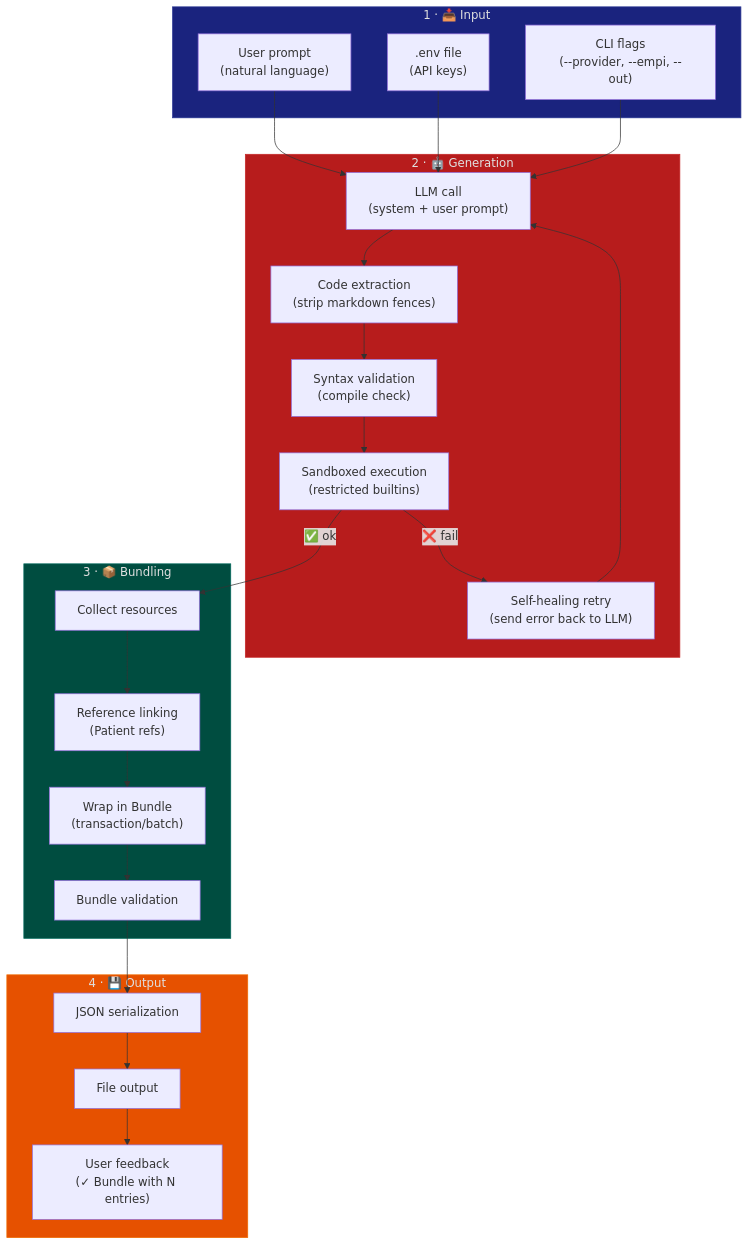
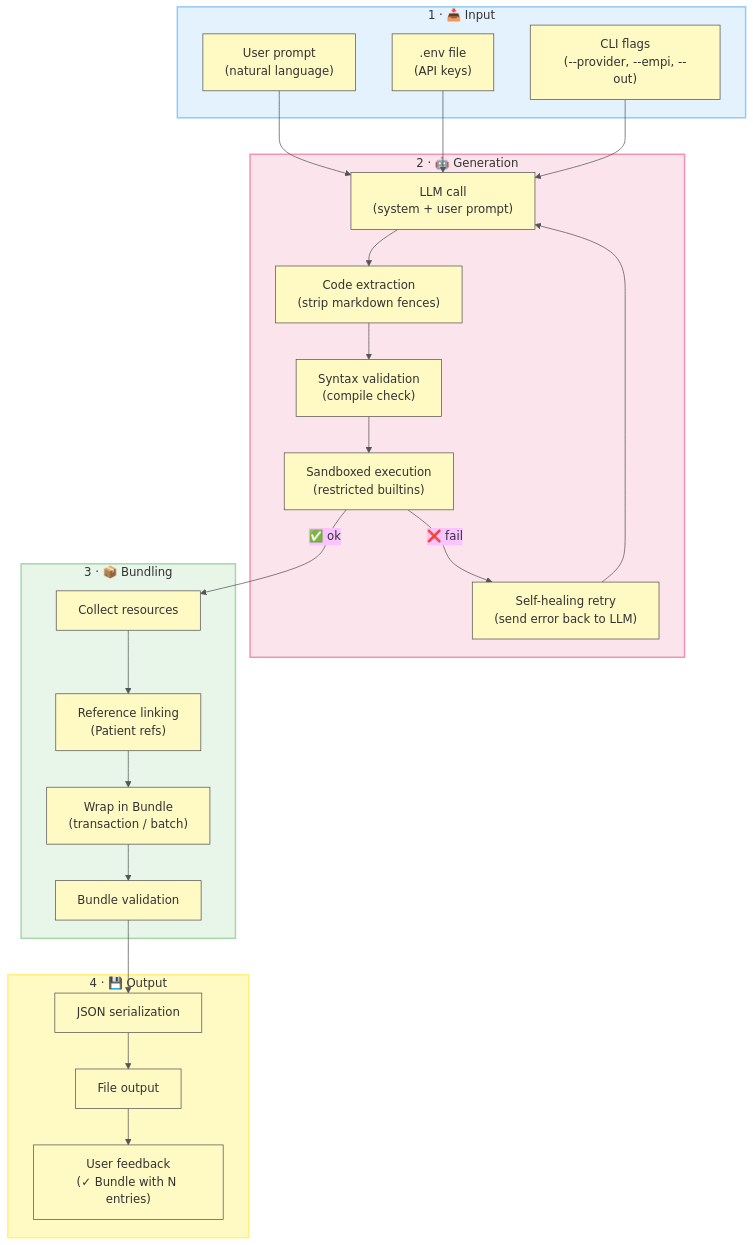
Before and after one commit to alvinhenrick/fhir-synth: the ninth of 10 diagrams in ARCHITECTURE.md, drawn with Mermaid. The commit also changed other lines of this file, not shown here.

Commit message:
refactor architecture documentation; enhance clarity and update visual elements for better understanding

````diff
--- a/ARCHITECTURE.md
+++ b/ARCHITECTURE.md
@@ -362,38 +448,44 @@
 ```mermaid
+%%{init: {'theme': 'base', 'themeVariables': {'primaryColor': '#fff9c4', 'primaryTextColor': '#333', 'primaryBorderColor': '#555', 'lineColor': '#555', 'fontFamily': 'Comic Sans MS, cursive, sans-serif'}}}%%
 graph TD
     subgraph S1["1 · 📥 Input"]
         PROMPT["User prompt<br/>(natural language)"]
         CONFIG[".env file<br/>(API keys)"]
         FLAGS["CLI flags<br/>(--provider, --empi, --out)"]
     end
+
     subgraph S2["2 · 🤖 Generation"]
         LLM_CALL["LLM call<br/>(system + user prompt)"]
         EXTRACT["Code extraction<br/>(strip markdown fences)"]
         VALIDATE["Syntax validation<br/>(compile check)"]
         EXECUTE["Sandboxed execution<br/>(restricted builtins)"]
         SELFHEAL["Self-healing retry<br/>(send error back to LLM)"]
     end
+
     subgraph S3["3 · 📦 Bundling"]
         COLLECT["Collect resources"]
         REFLINK["Reference linking<br/>(Patient refs)"]
-        WRAP["Wrap in Bundle<br/>(transaction/batch)"]
+        WRAP["Wrap in Bundle<br/>(transaction / batch)"]
         BVAL["Bundle validation"]
     end
+
     subgraph S4["4 · 💾 Output"]
         JSON["JSON serialization"]
         FILE["File output"]
         FEEDBACK["User feedback<br/>(✓ Bundle with N entries)"]
     end
+
     PROMPT --> LLM_CALL
     CONFIG --> LLM_CALL
     FLAGS --> LLM_CALL
     LLM_CALL --> EXTRACT --> VALIDATE --> EXECUTE
     EXECUTE -->|"❌ fail"| SELFHEAL --> LLM_CALL
     EXECUTE -->|"✅ ok"| COLLECT
     COLLECT --> REFLINK --> WRAP --> BVAL
     BVAL --> JSON --> FILE --> FEEDBACK
-    style S1 fill:#1a237e,stroke:#283593,color:#e0e0e0
-    style S2 fill:#b71c1c,stroke:#c62828,color:#e0e0e0
-    style S3 fill:#004d40,stroke:#00695c,color:#e0e0e0
-    style S4 fill:#e65100,stroke:#ef6c00,color:#e0e0e0
+
+    style S1 fill:#e3f2fd,stroke:#90caf9,color:#333,stroke-width:2px
+    style S2 fill:#fce4ec,stroke:#f48fb1,color:#333,stroke-width:2px
+    style S3 fill:#e8f5e9,stroke:#a5d6a7,color:#333,stroke-width:2px
+    style S4 fill:#fff9c4,stroke:#fff176,color:#333,stroke-width:2px
 ```
````
